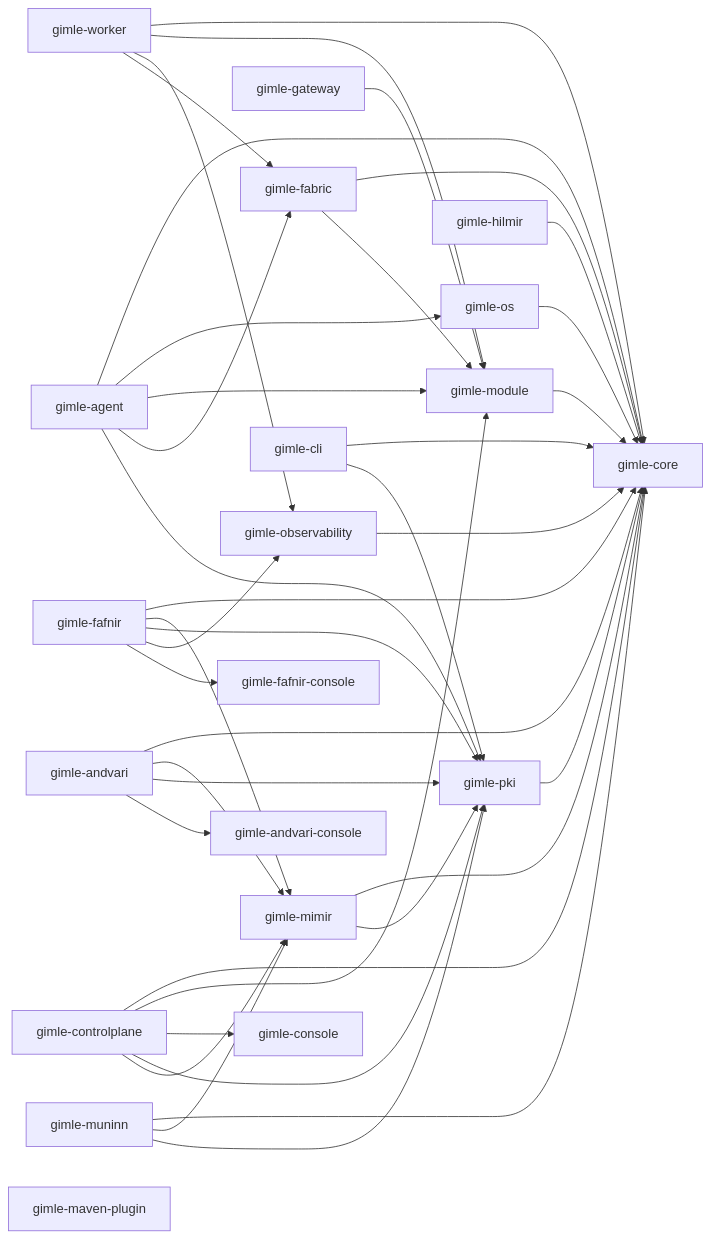
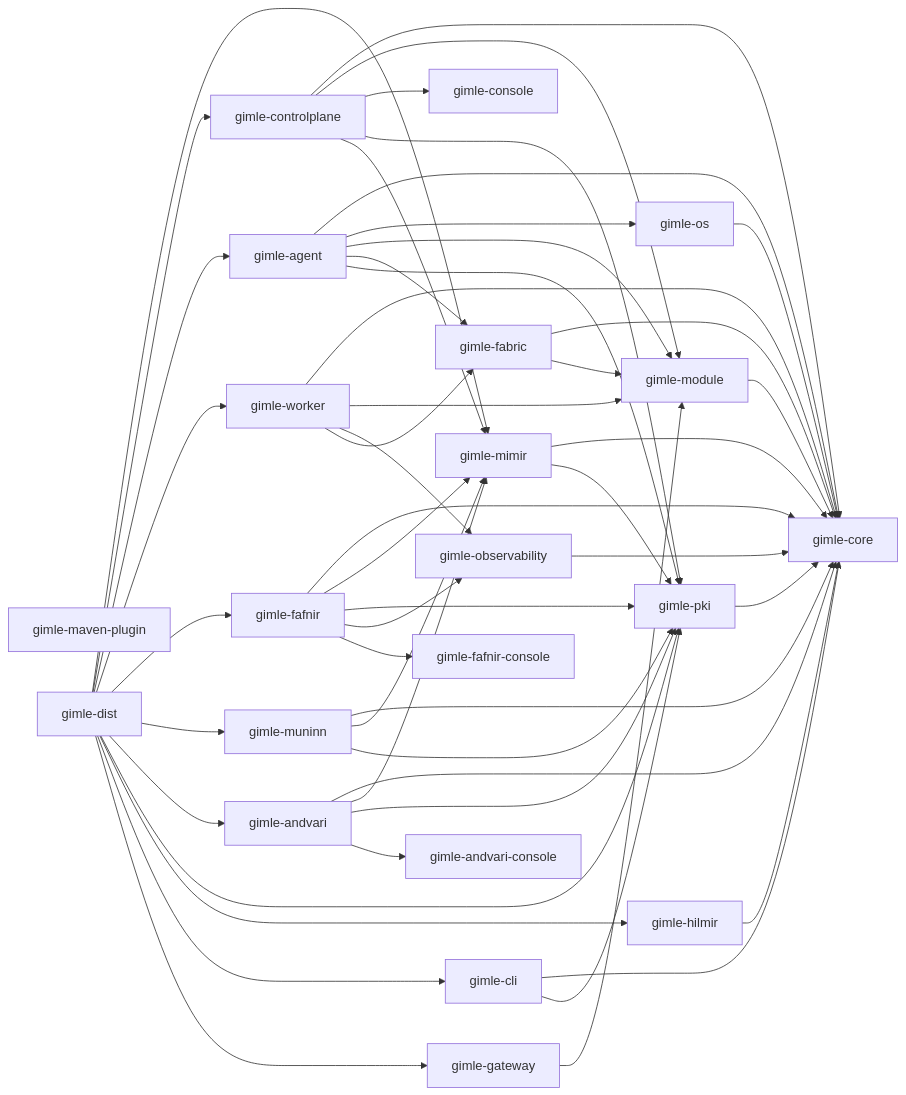
One commit to ghiloufibg/gimle changed the diagram in gimle-docs/docs/contributing/project-structure.md. Above: the diagram before and after it, drawn with Mermaid. The commit also changed other lines of this file and 1 other file, not shown here.

Commit message:
docs(dist): document gimle-dist distribution archives
Adds a new reference page (contents, build command, v1 gaps: versioning,
signing, jlink) and wires gimle-dist into the project-structure module
map and dependency graph.

````diff
--- a/gimle-docs/docs/contributing/project-structure.md
+++ b/gimle-docs/docs/contributing/project-structure.md
@@ -16,43 +16,54 @@
 ```mermaid
 graph LR
     core[gimle-core]
     module[gimle-module] --> core
     os[gimle-os] --> core
     observability[gimle-observability] --> core
     fabric[gimle-fabric] --> core
     fabric --> module
     gateway[gimle-gateway] --> module
     pki[gimle-pki] --> core
     worker[gimle-worker] --> core
     worker --> module
     worker --> observability
     worker --> fabric
     agent[gimle-agent] --> core
     agent --> os
     agent --> module
     agent --> fabric
     agent --> pki
     mimir[gimle-mimir] --> core
     mimir --> pki
     fafnir[gimle-fafnir] --> core
     fafnir --> mimir
     fafnir --> pki
     fafnir --> observability
     fafnir --> fafnirconsole[gimle-fafnir-console]
     muninn[gimle-muninn] --> core
     muninn --> mimir
     muninn --> pki
     andvari[gimle-andvari] --> core
     andvari --> mimir
     andvari --> pki
     andvari --> andvariconsole[gimle-andvari-console]
     controlplane[gimle-controlplane] --> core
     controlplane --> module
     controlplane --> console[gimle-console]
     controlplane --> pki
     controlplane --> mimir
     cli[gimle-cli] --> core
     cli --> pki
     hilmir[gimle-hilmir] --> core
     mavenplugin[gimle-maven-plugin]
+    dist[gimle-dist] --> mimir
+    dist --> controlplane
+    dist --> agent
+    dist --> worker
+    dist --> fafnir
+    dist --> muninn
+    dist --> andvari
+    dist --> pki
+    dist --> hilmir
+    dist --> cli
+    dist --> gateway
 ```
````
